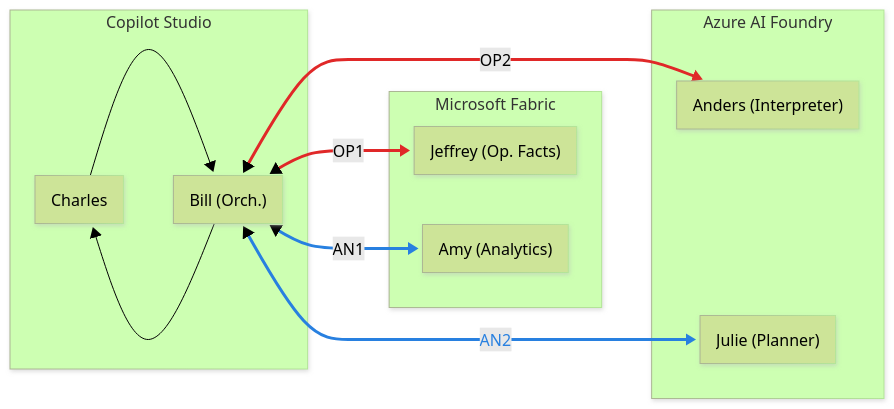
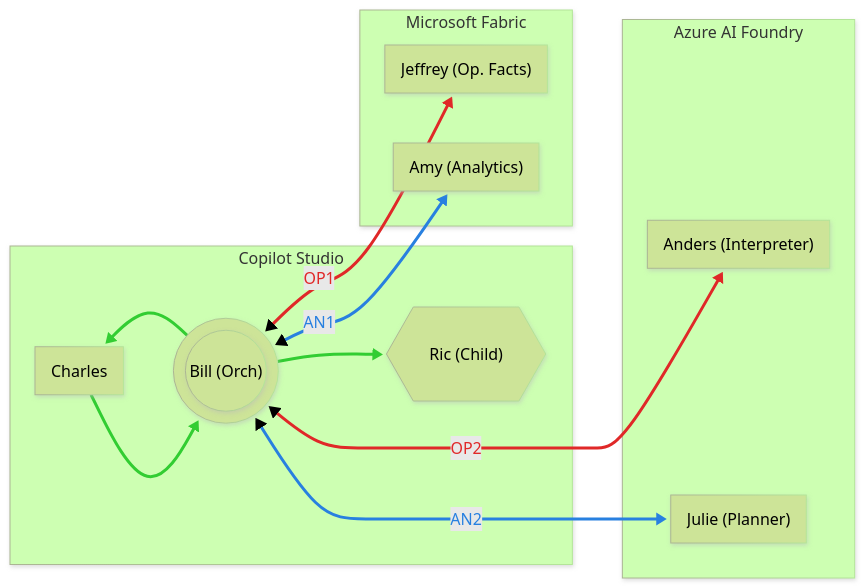
One commit to warnov/taller-multi-agentic changed the diagram in README.md. Above: the diagram before and after it, drawn with Mermaid (forest theme).

Commit message:
Revise flowchart for clarity and structure
Updated flowchart connections and styles in README.

````diff
--- a/README.md
+++ b/README.md
@@ -54,35 +54,44 @@
 ``` mermaid
 ---
 config:
   look: neo
 ---
 flowchart LR
 
   subgraph CS["Copilot Studio"]
     Charles["Charles"]
-    Bill["Bill (Orch.)"]
+    Bill((("Bill (Orch)")))
+    Ric{{"Ric (Child)"}}
   end
 
   subgraph MF["Microsoft Fabric"]
     Jeffrey["Jeffrey (Op. Facts)"]
     Amy["Amy (Analytics)"]
   end
 
   subgraph AF["Azure AI Foundry"]
     Anders["Anders (Interpreter)"]
     Julie["Julie (Planner)"]
   end
+
+  %% Conexión invisible (Índice 0)
   MF ~~~ AF
-  Charles L_Charles_Bill_0@--> Bill
-  Bill OP1@<-->|OP1| Jeffrey
-  Bill OP2@<-->|OP2| Anders
-  Bill AN1@<-->|AN1| Amy
-  Bill AN2@<-->|AN2| Julie
-  Bill L_Bill_Charles_0@--> Charles
-  L_Charles_Bill_0@{ curve: natural }
-  L_Bill_Charles_0@{ curve: natural }
-  linkStyle 2 stroke:#E02828,stroke-width:3px,color:#E02828     %% OP1 - red
-  linkStyle 3 stroke:#E02828,stroke-width:3px,color:#E02828     %% OP2 - red
-  linkStyle 4 stroke:#2880E0,stroke-width:3px,color:#2880E0     %% AN1 - blue
-  linkStyle 5 stroke:#2880E0,stroke-width:3px,color:#2880E0  
+
+  %% Conexiones
+  Charles --> Bill
+  Bill --> Charles
+  Bill --> Ric
+  Bill <-->|OP1| Jeffrey
+  Bill <-->|OP2| Anders
+  Bill <-->|AN1| Amy
+  Bill <-->|AN2| Julie
+
+  %% Estilos Verdes: Internos CS (Charles y Ric)
+  linkStyle 1,2,3 stroke:#32CD32,stroke-width:3px,color:#32CD32
+  
+  %% Estilos Rojos: Operativos (Jeffrey y Anders)
+  linkStyle 4,5 stroke:#E02828,stroke-width:3px,color:#E02828
+  
+  %% Estilos Azules: Analíticos (Amy y Julie)
+  linkStyle 6,7 stroke:#2880E0,stroke-width:3px,color:#2880E0
 ```
````
